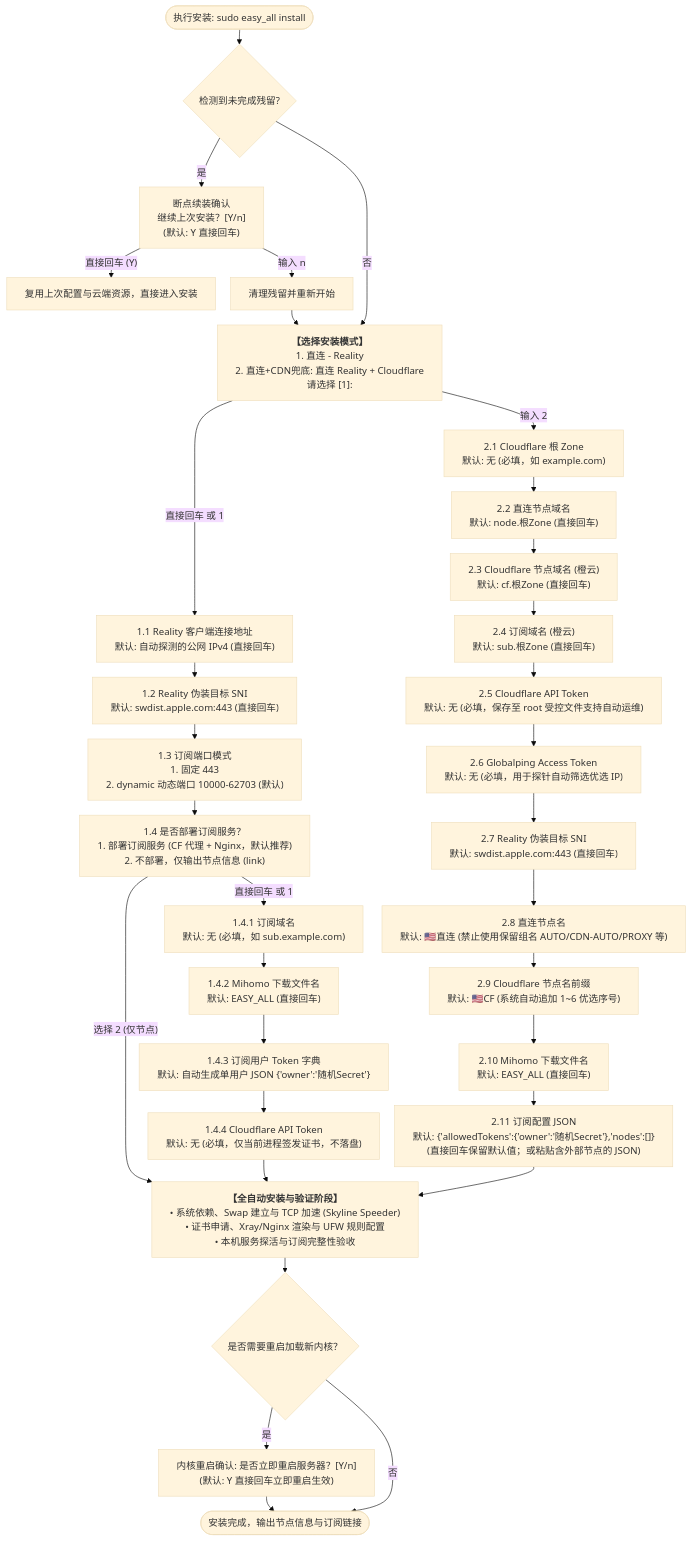
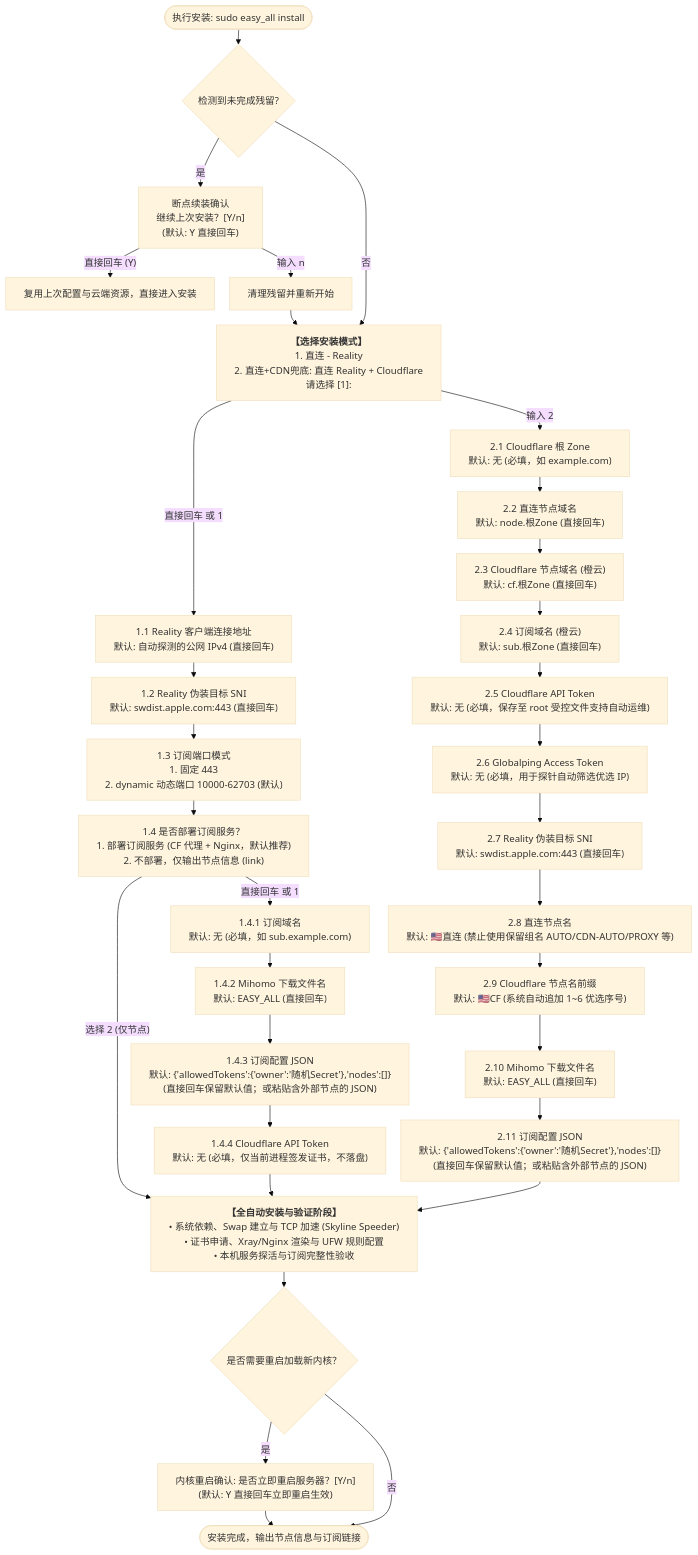
The first of 2 diagrams in README.md (v2yiz/easy_all), drawn with Mermaid (base theme) before and after one commit. The commit also changed other lines of this file and 14 other files, not shown here.

````diff
--- a/README.md
+++ b/README.md
@@ -70,47 +70,47 @@
 ```mermaid
 %%{init: {"flowchart": {"wrappingWidth": 600, "nodeSpacing": 25, "rankSpacing": 25}}}%%
 flowchart TD
     Start(["执行安装: sudo easy_all install"]) --> CheckResume{"检测到未完成残留?"}
 
     CheckResume -- 是 --> PromptResume["断点续装确认<br/>继续上次安装？[Y/n]<br/>(默认: Y 直接回车)"]
     CheckResume -- 否 --> ChooseMode
 
     PromptResume -- "直接回车 (Y)" --> ResumeRun["复用上次配置与云端资源，直接进入安装"]
     PromptResume -- "输入 n" --> CleanRedo["清理残留并重新开始"] --> ChooseMode
 
     ChooseMode["<b>【选择安装模式】</b><br/>1. 直连 - Reality<br/>2. 直连+CDN兜底: 直连 Reality + Cloudflare<br/>请选择 [1]:"]
 
     %% ---------------- 模式 1: Reality ----------------
     ChooseMode -- "直接回车 或 1" --> M1_NodeHost["1.1 Reality 客户端连接地址<br/>默认: 自动探测的公网 IPv4 (直接回车)"]
     M1_NodeHost --> M1_Target["1.2 Reality 伪装目标 SNI<br/>默认: swdist.apple.com:443 (直接回车)"]
     M1_Target --> M1_PortMode["1.3 订阅端口模式<br/>1. 固定 443<br/>2. dynamic 动态端口 10000-62703 (默认)"]
     M1_PortMode --> M1_SubDeploy["1.4 是否部署订阅服务？<br/>1. 部署订阅服务 (CF 代理 + Nginx，默认推荐)<br/>2. 不部署，仅输出节点信息 (link)"]
 
     M1_SubDeploy -- "选择 2 (仅节点)" --> InstallPhase
     M1_SubDeploy -- "直接回车 或 1" --> M1_SubDomain["1.4.1 订阅域名<br/>默认: 无 (必填，如 sub.example.com)"]
     M1_SubDomain --> M1_SubFile["1.4.2 Mihomo 下载文件名<br/>默认: EASY_ALL (直接回车)"]
-    M1_SubFile --> M1_Tokens["1.4.3 订阅用户 Token 字典<br/>默认: 自动生成单用户 JSON {'owner':'随机Secret'}"]
-    M1_Tokens --> M1_CFToken["1.4.4 Cloudflare API Token<br/>默认: 无 (必填，仅当前进程签发证书，不落盘)"]
+    M1_SubFile --> M1_SubJSON["1.4.3 订阅配置 JSON<br/>默认: {'allowedTokens':{'owner':'随机Secret'},'nodes':[]}<br/>(直接回车保留默认值；或粘贴含外部节点的 JSON)"]
+    M1_SubJSON --> M1_CFToken["1.4.4 Cloudflare API Token<br/>默认: 无 (必填，仅当前进程签发证书，不落盘)"]
     M1_CFToken --> InstallPhase
 
     %% ---------------- 模式 2: 直连+CDN兜底 ----------------
     ChooseMode -- "输入 2" --> M2_Zone["2.1 Cloudflare 根 Zone<br/>默认: 无 (必填，如 example.com)"]
     M2_Zone --> M2_DirectDom["2.2 直连节点域名<br/>默认: node.根Zone (直接回车)"]
     M2_DirectDom --> M2_CFDom["2.3 Cloudflare 节点域名 (橙云)<br/>默认: cf.根Zone (直接回车)"]
     M2_CFDom --> M2_SubDom["2.4 订阅域名 (橙云)<br/>默认: sub.根Zone (直接回车)"]
     M2_SubDom --> M2_CFToken["2.5 Cloudflare API Token<br/>默认: 无 (必填，保存至 root 受控文件支持自动运维)"]
     M2_CFToken --> M2_GPToken["2.6 Globalping Access Token<br/>默认: 无 (必填，用于探针自动筛选优选 IP)"]
     M2_GPToken --> M2_Target["2.7 Reality 伪装目标 SNI<br/>默认: swdist.apple.com:443 (直接回车)"]
     M2_Target --> M2_DirectName["2.8 直连节点名<br/>默认: 🇺🇸直连 (禁止使用保留组名 AUTO/CDN-AUTO/PROXY 等)"]
     M2_DirectName --> M2_CFPrefix["2.9 Cloudflare 节点名前缀<br/>默认: 🇺🇸CF (系统自动追加 1~6 优选序号)"]
     M2_CFPrefix --> M2_SubFile["2.10 Mihomo 下载文件名<br/>默认: EASY_ALL (直接回车)"]
     M2_SubFile --> M2_SubJSON["2.11 订阅配置 JSON<br/>默认: {'allowedTokens':{'owner':'随机Secret'},'nodes':[]}<br/>(直接回车保留默认值；或粘贴含外部节点的 JSON)"]
     M2_SubJSON --> InstallPhase
 
     %% ---------------- 通用安装执行与收尾 ----------------
     InstallPhase["<b>【全自动安装与验证阶段】</b><br/>• 系统依赖、Swap 建立与 TCP 加速 (Skyline Speeder)<br/>• 证书申请、Xray/Nginx 渲染与 UFW 规则配置<br/>• 本机服务探活与订阅完整性验收"] --> RebootCheck{"是否需要重启加载新内核？"}
 
     RebootCheck -- 是 --> PromptReboot["内核重启确认: 是否立即重启服务器？[Y/n]<br/>(默认: Y 直接回车立即重启生效)"]
     RebootCheck -- 否 --> Done(["安装完成，输出节点信息与订阅链接"])
     PromptReboot --> Done
 ```
````
